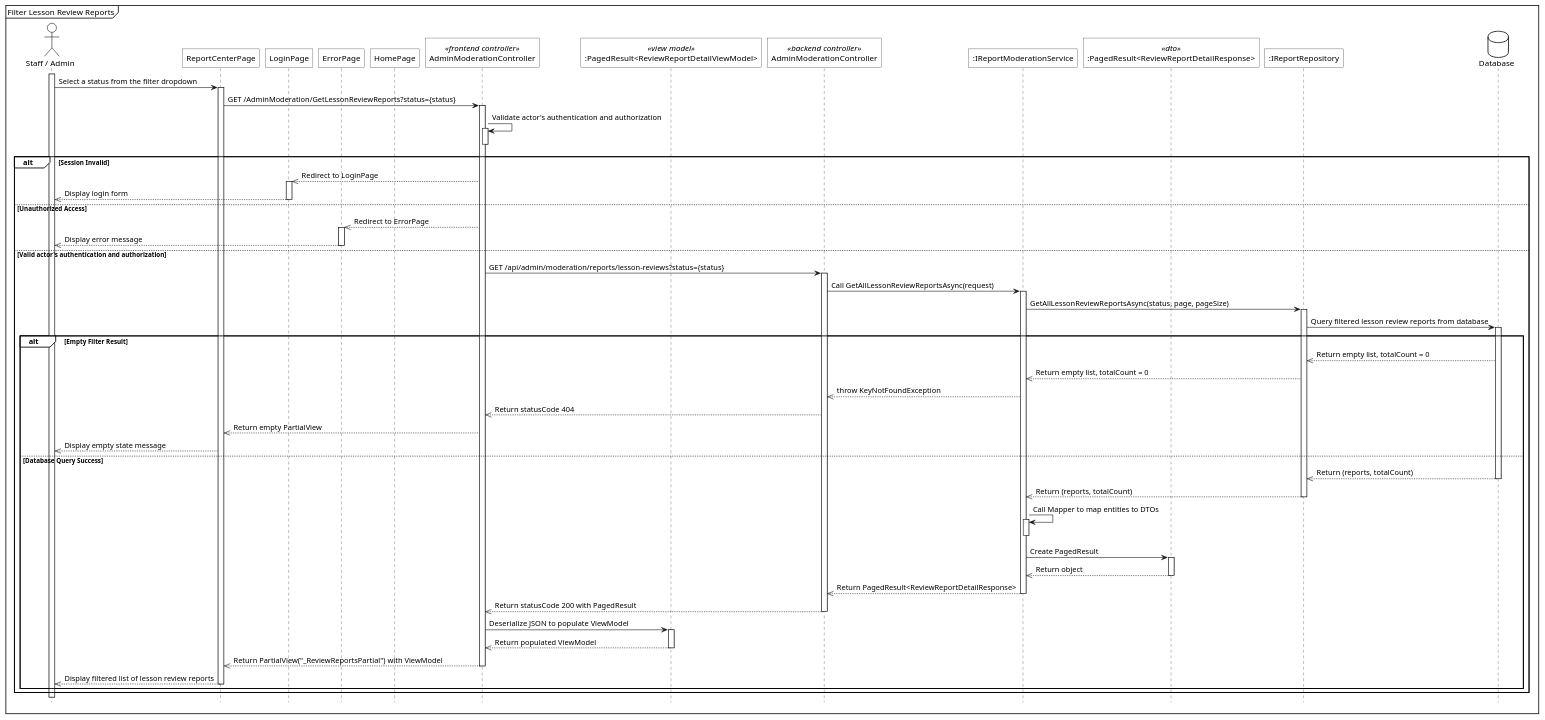
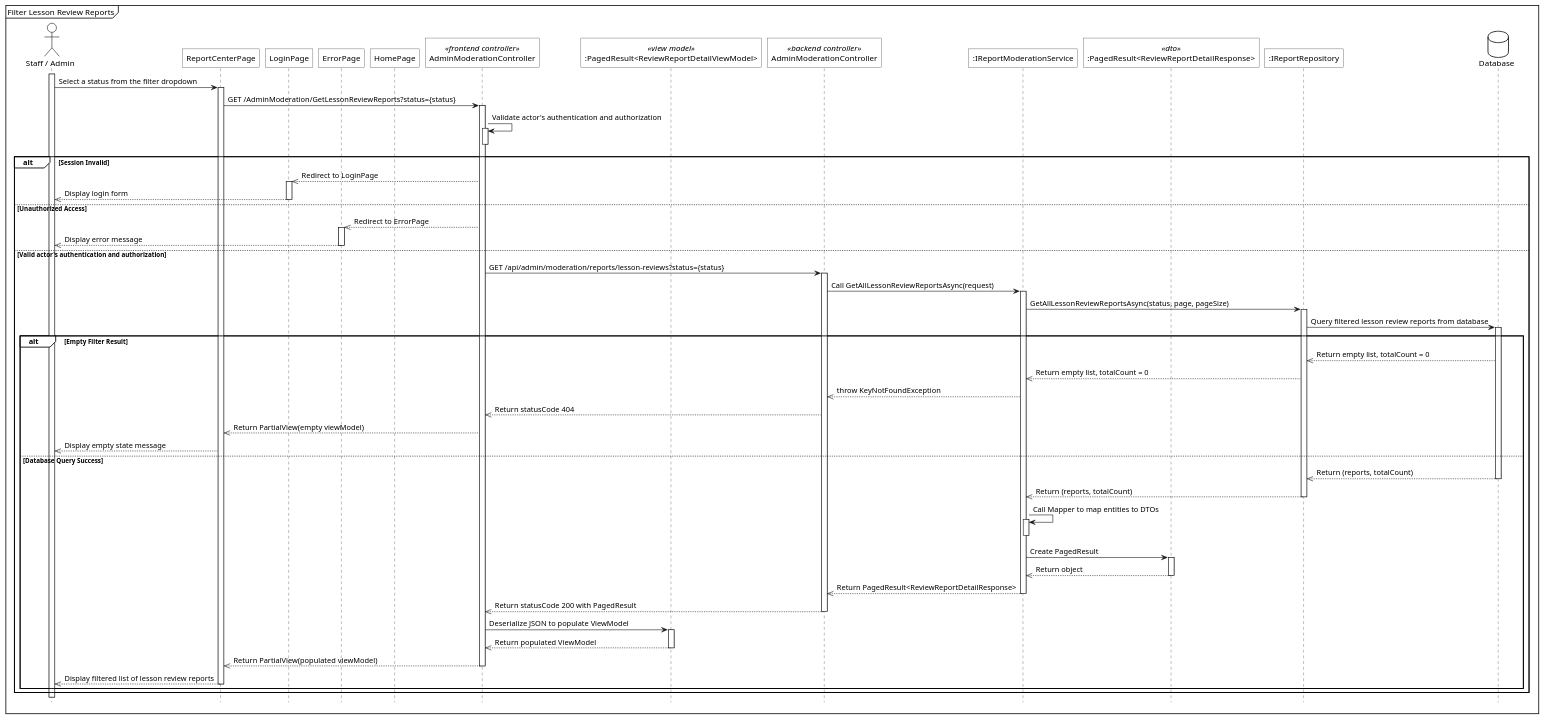
Before and after one commit to 1000do/Linked: the diagram in .agents/skills/plantuml_sequence_diagram/references/sq_filter_lesson_review_reports.plantuml, drawn with PlantUML. The commit also changed 73 other files, not shown here.

Commit message:
update skill sequence, test, sửa lỗi hiển thị nhầm lỗi khi login failed - update sq and test for reports, ai-models - acc bị ban thì hiện thông báo acc bị ban tới ngày nào - update use case specs 009 và 015

```diff
--- a/.agents/skills/plantuml_sequence_diagram/references/sq_filter_lesson_review_reports.plantuml
+++ b/.agents/skills/plantuml_sequence_diagram/references/sq_filter_lesson_review_reports.plantuml
@@ -1,97 +1,97 @@
 @startuml 
 <style>
     sequenceDiagram{
         actor{
             BackgroundColor white
             LineThickness 1.0
         }
         participant{
             BackgroundColor white
             RoundCorner 0
         }
         database{
             BackgroundColor white
         }
         groupHeader{
             BackgroundColor white
         }
         referenceHeader{
             BackgroundColor white
         }
         reference{
             BackgroundColor white
         }
     }
 </style>
 
 hide footbox
 mainframe Filter Lesson Review Reports
 
 actor "Staff / Admin" as act
 participant "ReportCenterPage" as view
 participant "LoginPage" as login_view
 participant "ErrorPage" as error_view
 participant "HomePage" as home_view
 participant "AdminModerationController" as fe_ctrl <<frontend controller>>
 participant ":PagedResult<ReviewReportDetailViewModel>" as view_model <<view model>>
 participant "AdminModerationController" as be_ctrl <<backend controller>>
 participant ":IReportModerationService" as sv
 participant ":PagedResult<ReviewReportDetailResponse>" as res <<dto>>
 participant ":IReportRepository" as repo
 database Database as db
 
 act ++
 act -> view++: Select a status from the filter dropdown
 
 view -> fe_ctrl++: GET /AdminModeration/GetLessonReviewReports?status={status}
 
 fe_ctrl -> fe_ctrl++: Validate actor's authentication and authorization
 fe_ctrl--
 
 alt Session Invalid
     fe_ctrl -->> login_view: Redirect to LoginPage
     activate login_view
     login_view -->> act--: Display login form
 else Unauthorized Access
     fe_ctrl -->> error_view: Redirect to ErrorPage
     activate error_view
     error_view -->> act--: Display error message
 else Valid actor's authentication and authorization
     fe_ctrl -> be_ctrl++: GET /api/admin/moderation/reports/lesson-reviews?status={status}
     be_ctrl -> sv++: Call GetAllLessonReviewReportsAsync(request)
     
     sv -> repo++: GetAllLessonReviewReportsAsync(status, page, pageSize)
     repo -> db++: Query filtered lesson review reports from database
     
     alt Empty Filter Result
         db -->> repo: Return empty list, totalCount = 0
         repo -->> sv: Return empty list, totalCount = 0
         sv -->> be_ctrl: throw KeyNotFoundException
         be_ctrl -->> fe_ctrl: Return statusCode 404
-        fe_ctrl -->> view: Return empty PartialView
+        fe_ctrl -->> view: Return PartialView(empty viewModel)
         view -->> act: Display empty state message
     else Database Query Success
         db -->> repo: Return (reports, totalCount)
         db--
         repo -->> sv: Return (reports, totalCount)
         repo--
         
         sv -> sv++: Call Mapper to map entities to DTOs
         sv--
         
         sv -> res++: Create PagedResult
         res -->> sv--: Return object
         
         sv -->> be_ctrl--: Return PagedResult<ReviewReportDetailResponse>
         
         be_ctrl -->> fe_ctrl--: Return statusCode 200 with PagedResult
         
         fe_ctrl -> view_model++: Deserialize JSON to populate ViewModel
         view_model -->> fe_ctrl--: Return populated ViewModel
         
-        fe_ctrl -->> view--: Return PartialView("_ReviewReportsPartial") with ViewModel
+        fe_ctrl -->> view--: Return PartialView(populated viewModel)
         
         view -->> act--: Display filtered list of lesson review reports
     end
 end
 @enduml
```
